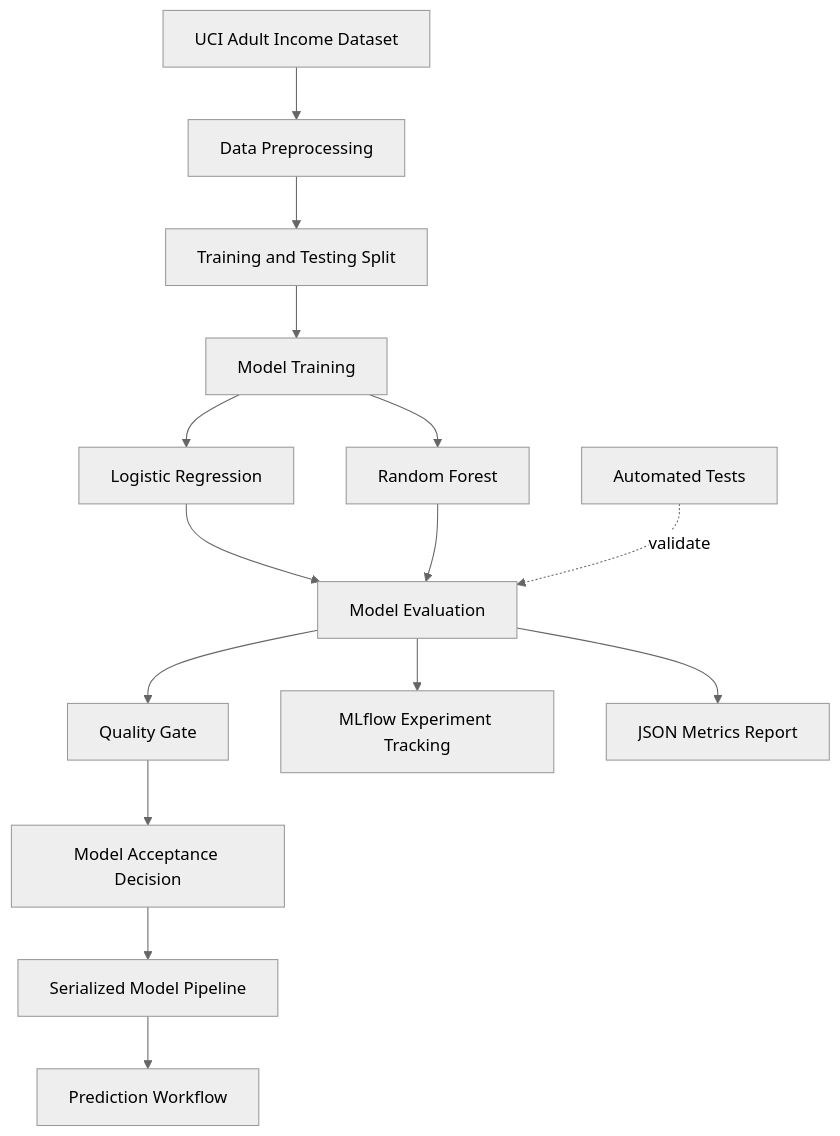
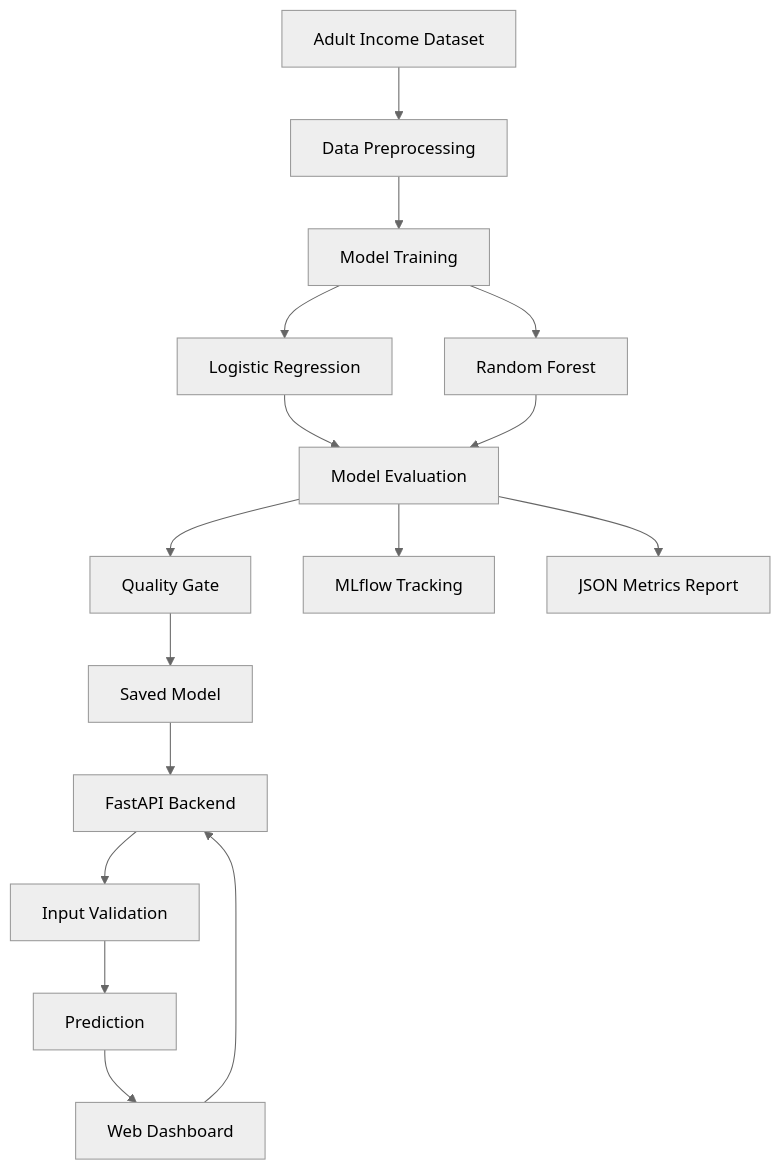
One commit to kumawatmanish05/ModelGuard changed the diagram in README.md. Above: the diagram before and after it, drawn with Mermaid (neutral theme). The commit also changed other lines of this file, not shown here.

Commit message:
Update ModelGuard README

````diff
--- a/README.md
+++ b/README.md
@@ -114,17 +36,18 @@
 ```mermaid
 flowchart TD
-    A[UCI Adult Income Dataset] --> B[Data Preprocessing]
-    B --> C[Training and Testing Split]
-    C --> D[Model Training]
-    D --> E[Logistic Regression]
-    D --> F[Random Forest]
-    E --> G[Model Evaluation]
-    F --> G
-    G --> H[Quality Gate]
-    G --> I[MLflow Experiment Tracking]
-    G --> J[JSON Metrics Report]
-    H --> K[Model Acceptance Decision]
-    K --> L[Serialized Model Pipeline]
-    L --> M[Prediction Workflow]
-    N[Automated Tests] -. validate .-> G
+    A[Adult Income Dataset] --> B[Data Preprocessing]
+    B --> C[Model Training]
+    C --> D[Logistic Regression]
+    C --> E[Random Forest]
+    D --> F[Model Evaluation]
+    E --> F
+    F --> G[Quality Gate]
+    F --> H[MLflow Tracking]
+    F --> I[JSON Metrics Report]
+    G --> J[Saved Model]
+    J --> K[FastAPI Backend]
+    L[Web Dashboard] --> K
+    K --> M[Input Validation]
+    M --> N[Prediction]
+    N --> L
 ```
````
